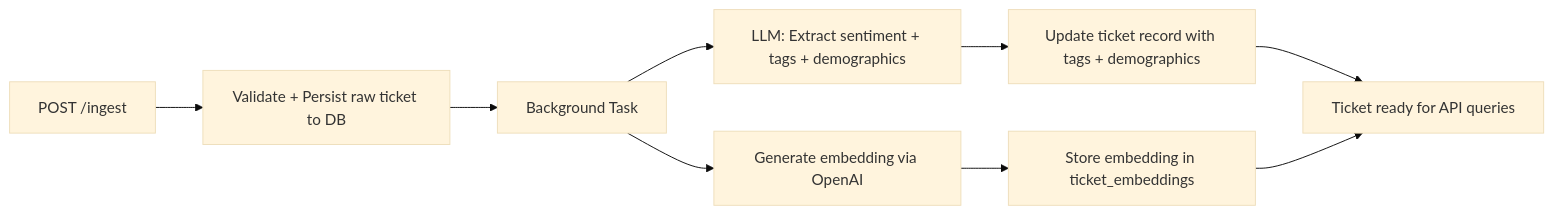
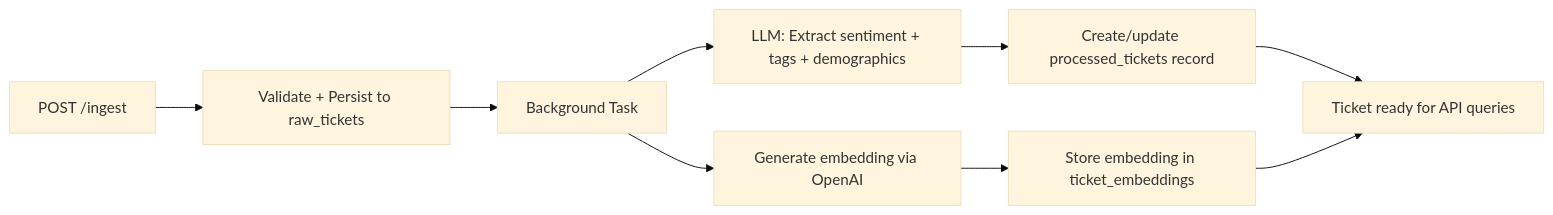
The diagram in ticket-sentiment-engine/PRD.md (HiNala/Third-Eye-Dashie), drawn with Mermaid (base theme) before and after one commit. The commit also changed other lines of this file and 9 other files, not shown here.

First line of the commit message:
Split tickets table into raw_tickets + processed_tickets

````diff
--- a/ticket-sentiment-engine/PRD.md
+++ b/ticket-sentiment-engine/PRD.md
@@ -179,11 +209,11 @@
 ```mermaid
 flowchart LR
-    A[POST /ingest] --> B[Validate + Persist raw ticket to DB]
+    A[POST /ingest] --> B[Validate + Persist to raw_tickets]
     B --> C[Background Task]
     C --> D[Generate embedding via OpenAI]
     C --> E[LLM: Extract sentiment + tags + demographics]
     D --> F[Store embedding in ticket_embeddings]
-    E --> G[Update ticket record with tags + demographics]
+    E --> G[Create/update processed_tickets record]
     G --> H[Ticket ready for API queries]
     F --> H
 ```
````
